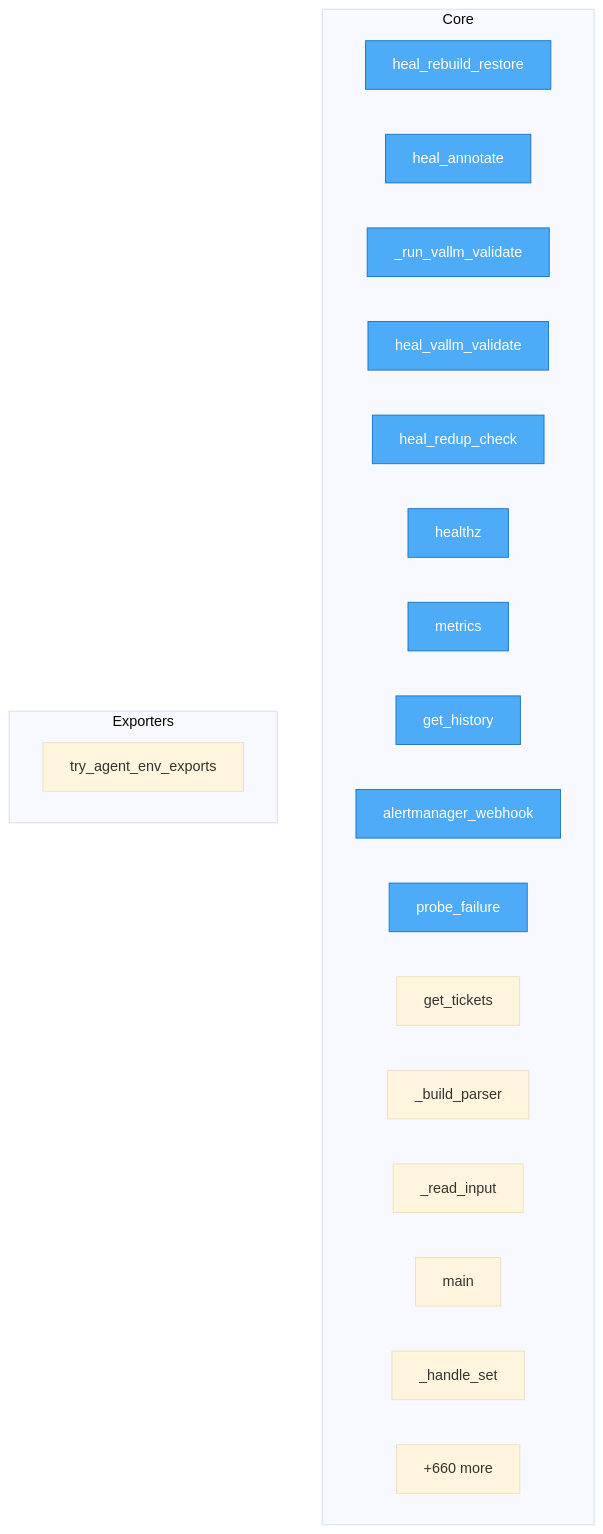
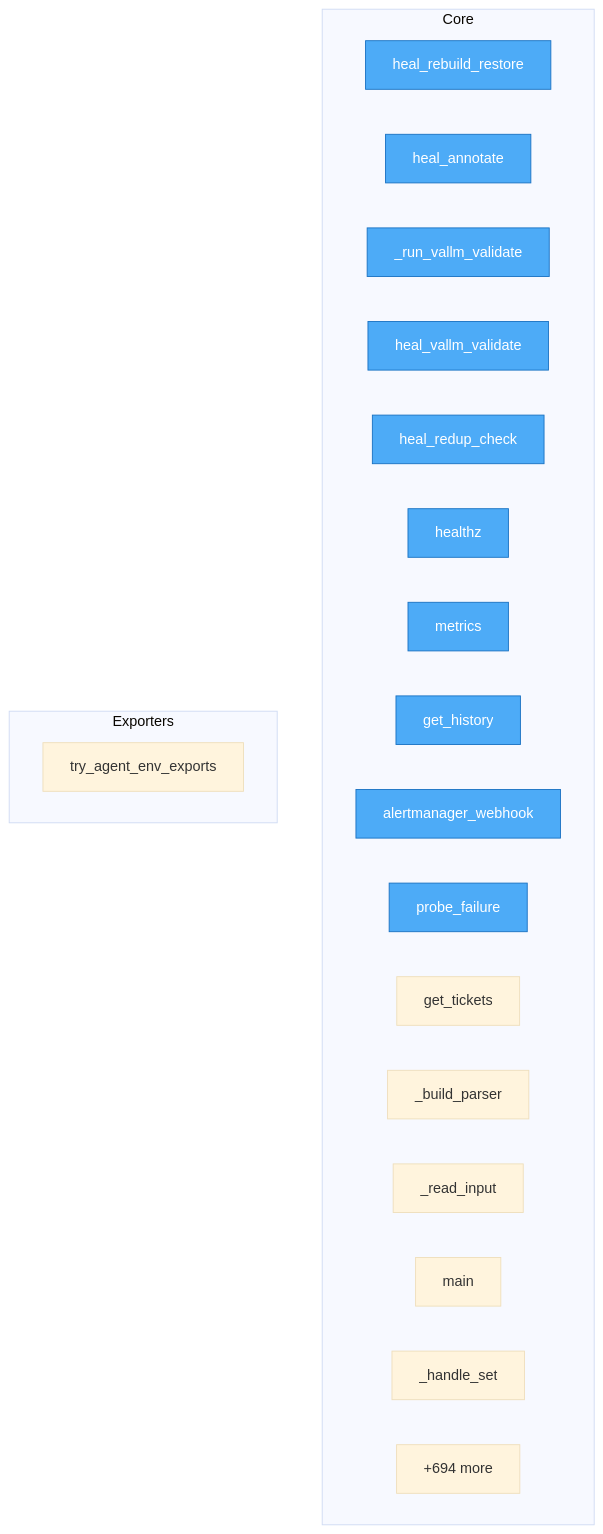
The diagram in project/flow.mmd (semcod/koru), drawn with Mermaid (base theme) before and after one commit. The commit also changed 66 other files, not shown here.

```diff
--- a/project/flow.mmd
+++ b/project/flow.mmd
@@ -1,30 +1,30 @@
 flowchart TD
 %% generated in 0.04s
 
     %% Entry points (blue)
     classDef entry fill:#4dabf7,stroke:#1971c2,color:#fff
 
     subgraph Core
         services__healing_webhook__app__heal_rebuild_restore["heal_rebuild_restore"]
         services__healing_webhook__app__heal_annotate["heal_annotate"]
         services__healing_webhook__app___run_vallm_validate["_run_vallm_validate"]
         services__healing_webhook__app__heal_vallm_validate["heal_vallm_validate"]
         services__healing_webhook__app__heal_redup_check["heal_redup_check"]
         services__healing_webhook__app__healthz["healthz"]
         services__healing_webhook__app__metrics["metrics"]
         services__healing_webhook__app__get_history["get_history"]
         services__healing_webhook__app__alertmanager_webhook["alertmanager_webhook"]
         services__healing_webhook__app__probe_failure["probe_failure"]
         services__healing_webhook__app__get_tickets["get_tickets"]
         src__korudsl__cli___build_parser["_build_parser"]
         src__korudsl__cli___read_input["_read_input"]
         src__korudsl__cli__main["main"]
         src__korudsl__library___handle_set["_handle_set"]
-        ...["+660 more"]
+        ...["+694 more"]
     end
 
     subgraph Exporters
         src__koru__agent_cli_helpers__try_agent_env_exports["try_agent_env_exports"]
     end
 
     class services__healing_webhook__app__heal_rebuild_restore,services__healing_webhook__app__heal_annotate,services__healing_webhook__app___run_vallm_validate,services__healing_webhook__app__heal_vallm_validate,services__healing_webhook__app__heal_redup_check,services__healing_webhook__app__healthz,services__healing_webhook__app__metrics,services__healing_webhook__app__get_history,services__healing_webhook__app__alertmanager_webhook,services__healing_webhook__app__probe_failure entry
```
